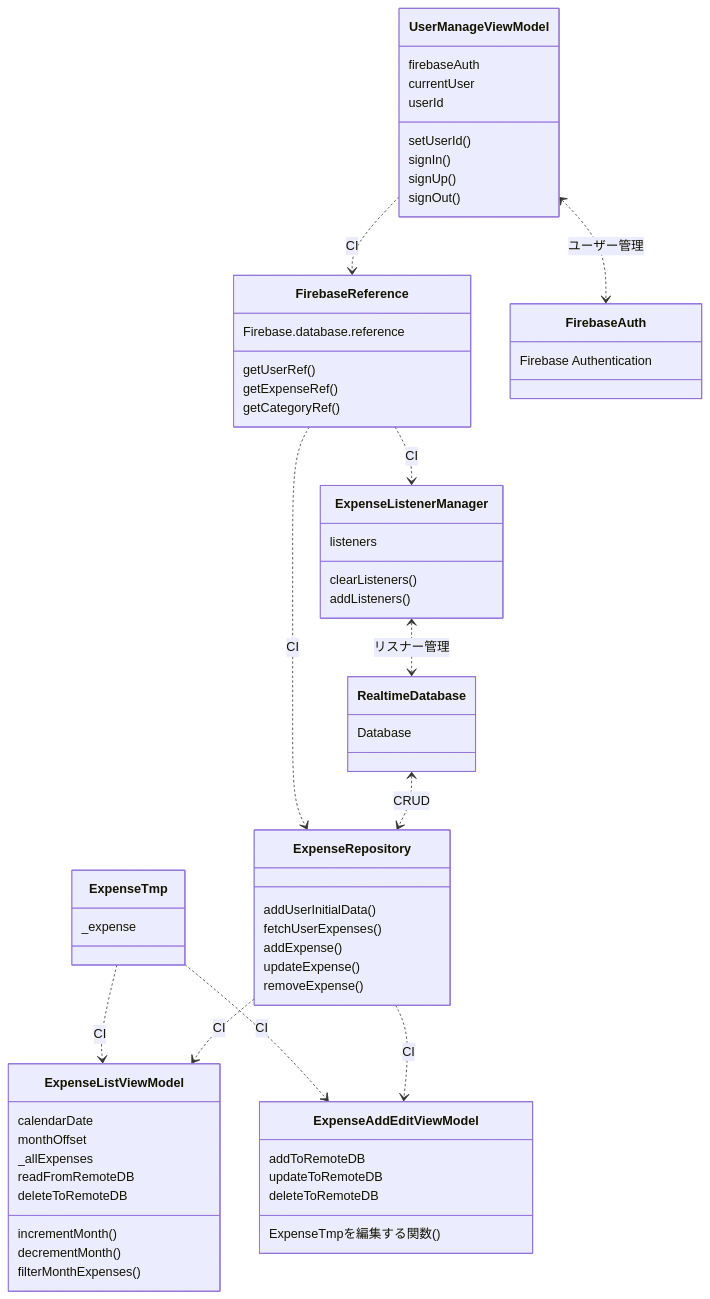
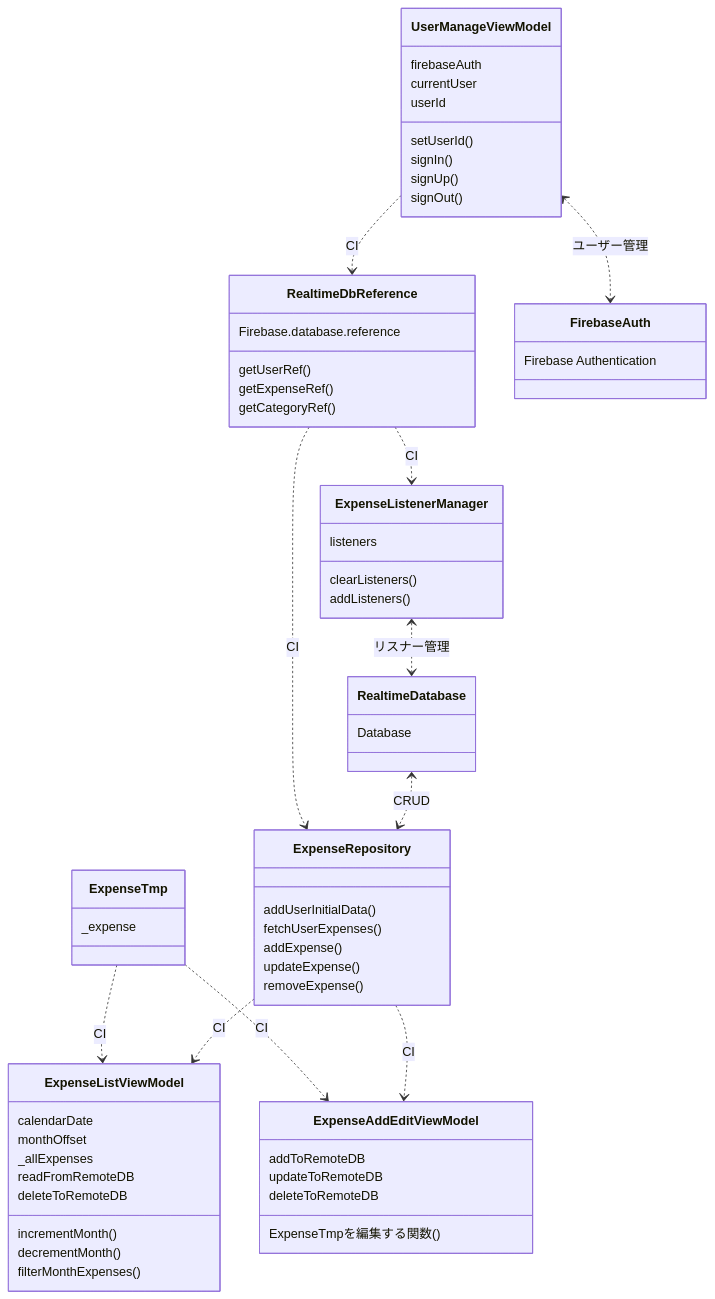
The diagram in app/src/main/java/gaku/original/myapplication/UML/ClassDiagram.md (GakuAkita/HouseholdExpenses), drawn with Mermaid before and after one commit. The commit also changed 9 other files, not shown here.

```diff
--- a/app/src/main/java/gaku/original/myapplication/UML/ClassDiagram.md
+++ b/app/src/main/java/gaku/original/myapplication/UML/ClassDiagram.md
@@ -50,7 +50,7 @@
 addListeners()
 }
 
-class FirebaseReference {
+class RealtimeDbReference {
 Firebase.database.reference
 
 getUserRef()
@@ -58,8 +58,8 @@
 getCategoryRef()
 }
 
-FirebaseReference ..> ExpenseListenerManager : CI
-FirebaseReference ..> ExpenseRepository : CI
+RealtimeDbReference ..> ExpenseListenerManager : CI
+RealtimeDbReference ..> ExpenseRepository : CI
 ExpenseListenerManager <..> RealtimeDatabase :リスナー管理
 
 %%Firebase関連がまとめられる。ユーザーとか
@@ -74,7 +74,7 @@
 signOut()
 }
 
-UserManageViewModel ..> FirebaseReference : CI
+UserManageViewModel ..> RealtimeDbReference : CI
 
 class RealtimeDatabase{
 Database
```
